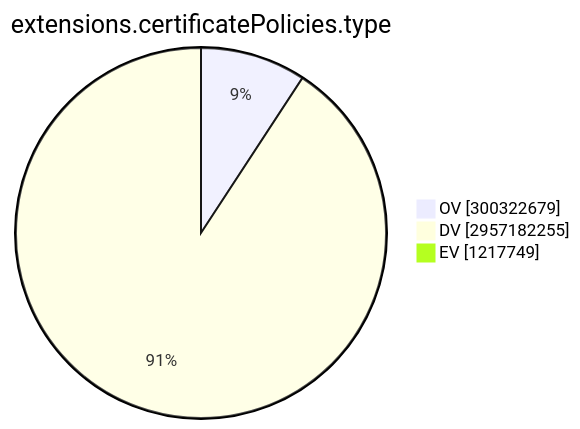
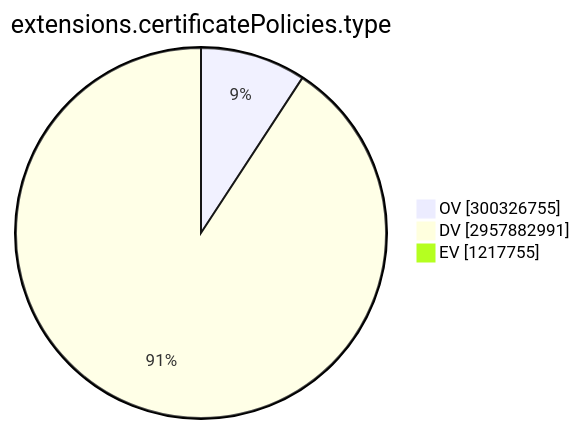
One commit to christiankrug/ctmonitor_visualization changed the ninth of 15 diagrams in TOTAL/README.md. Above: the diagram before and after it, drawn with Mermaid. The commit also changed other lines of this file, not shown here.

````diff
--- a/TOTAL/README.md
+++ b/TOTAL/README.md
@@ -3101,7 +3101,7 @@
 ```mermaid
 pie showData
 title extensions.certificatePolicies.type
-"OV" :300322679
-"DV" :2957182255
-"EV" :1217749
+"OV" :300326755
+"DV" :2957882991
+"EV" :1217755
 ```
````
